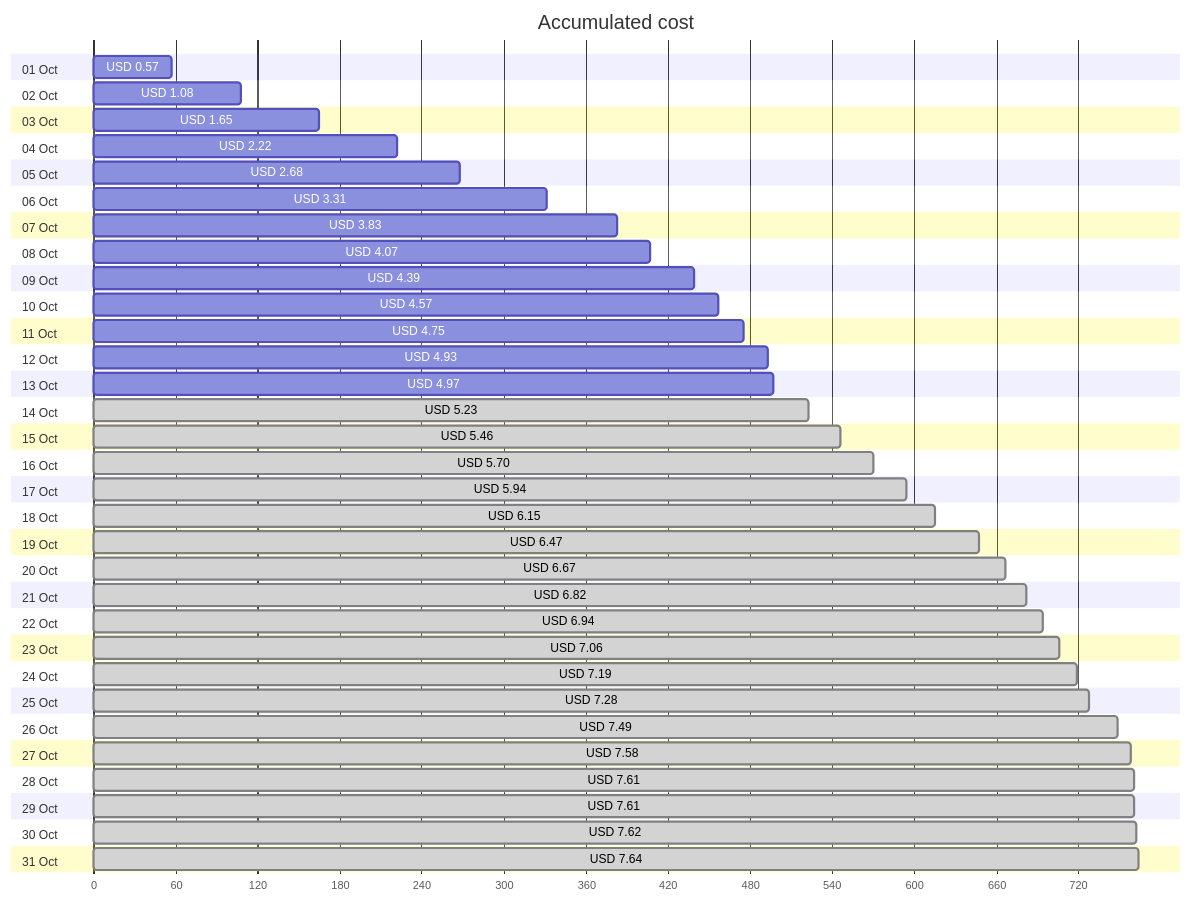
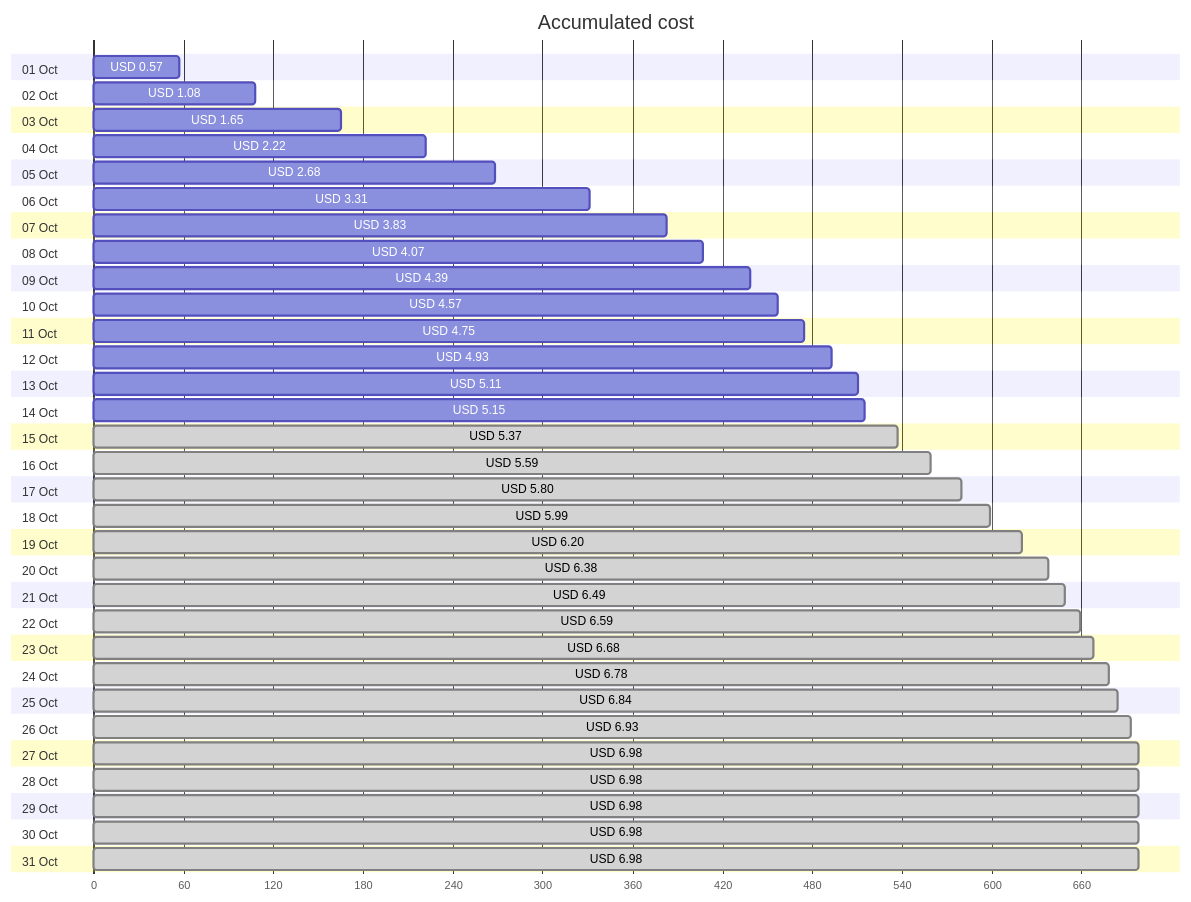
One commit to jpfulton/azure-personal-reports changed the first of 4 diagrams in cost-reports/personal-network/vpn-server.md. Above: the diagram before and after it, drawn with Mermaid. The commit also changed other lines of this file and 8 other files, not shown here.

````diff
--- a/cost-reports/personal-network/vpn-server.md
+++ b/cost-reports/personal-network/vpn-server.md
@@ -20,68 +20,68 @@
 ```mermaid
 gantt
    title Accumulated cost
    dateFormat  X
    axisFormat %s
    section 01 Oct
    USD 0.57 :0, 57
    section 02 Oct
    USD 1.08 :0, 108
    section 03 Oct
    USD 1.65 :0, 165
    section 04 Oct
    USD 2.22 :0, 222
    section 05 Oct
    USD 2.68 :0, 268
    section 06 Oct
    USD 3.31 :0, 331
    section 07 Oct
    USD 3.83 :0, 383
    section 08 Oct
    USD 4.07 :0, 407
    section 09 Oct
    USD 4.39 :0, 439
    section 10 Oct
    USD 4.57 :0, 457
    section 11 Oct
    USD 4.75 :0, 475
    section 12 Oct
    USD 4.93 :0, 493
    section 13 Oct
-   USD 4.97 :0, 497
+   USD 5.11 :0, 511
    section 14 Oct
-   USD 5.23 : done, 0, 523
+   USD 5.15 :0, 515
    section 15 Oct
-   USD 5.46 : done, 0, 546
+   USD 5.37 : done, 0, 537
    section 16 Oct
-   USD 5.70 : done, 0, 570
+   USD 5.59 : done, 0, 559
    section 17 Oct
-   USD 5.94 : done, 0, 594
+   USD 5.80 : done, 0, 580
    section 18 Oct
-   USD 6.15 : done, 0, 615
+   USD 5.99 : done, 0, 599
    section 19 Oct
-   USD 6.47 : done, 0, 647
+   USD 6.20 : done, 0, 620
    section 20 Oct
-   USD 6.67 : done, 0, 667
+   USD 6.38 : done, 0, 638
    section 21 Oct
-   USD 6.82 : done, 0, 682
+   USD 6.49 : done, 0, 649
    section 22 Oct
-   USD 6.94 : done, 0, 694
+   USD 6.59 : done, 0, 659
    section 23 Oct
-   USD 7.06 : done, 0, 706
+   USD 6.68 : done, 0, 668
    section 24 Oct
-   USD 7.19 : done, 0, 719
+   USD 6.78 : done, 0, 678
    section 25 Oct
-   USD 7.28 : done, 0, 728
+   USD 6.84 : done, 0, 684
    section 26 Oct
-   USD 7.49 : done, 0, 749
+   USD 6.93 : done, 0, 693
    section 27 Oct
-   USD 7.58 : done, 0, 758
+   USD 6.98 : done, 0, 698
    section 28 Oct
-   USD 7.61 : done, 0, 761
+   USD 6.98 : done, 0, 698
    section 29 Oct
-   USD 7.61 : done, 0, 761
+   USD 6.98 : done, 0, 698
    section 30 Oct
-   USD 7.62 : done, 0, 762
+   USD 6.98 : done, 0, 698
    section 31 Oct
-   USD 7.64 : done, 0, 764
+   USD 6.98 : done, 0, 698
 ```
````
